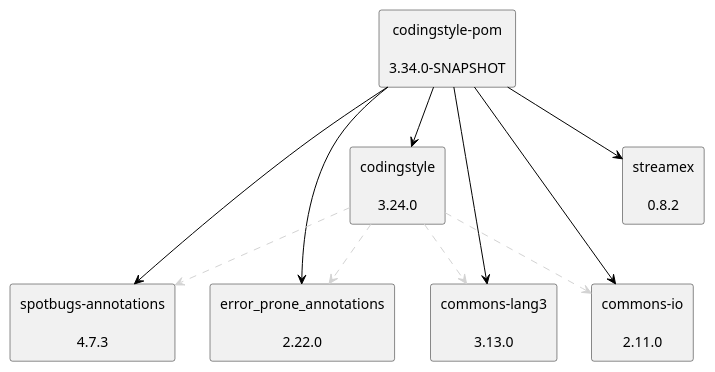
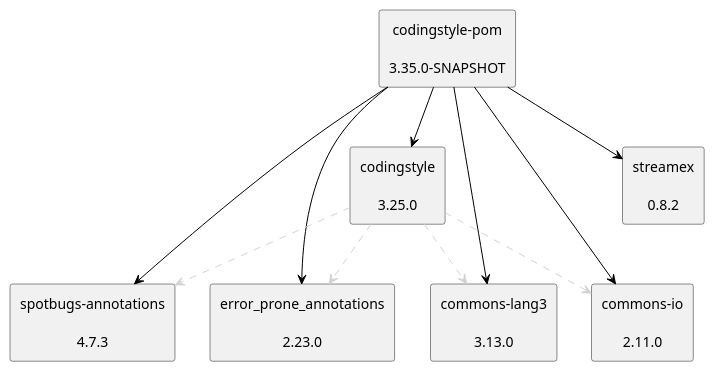
One commit to uhafner/codingstyle-pom changed the diagram in doc/dependency-graph.puml. Above: the diagram before and after it, drawn with PlantUML. The commit also changed 1 other file, not shown here.

Commit message:
Update codingstyle to 3.25.0.

```diff
--- a/doc/dependency-graph.puml
+++ b/doc/dependency-graph.puml
@@ -1,26 +1,26 @@
 @startuml
 skinparam defaultTextAlignment center
 skinparam rectangle {
   BackgroundColor<<optional>> beige
   BackgroundColor<<test>> lightGreen
   BackgroundColor<<runtime>> lightBlue
   BackgroundColor<<provided>> lightGray
 }
-rectangle "codingstyle-pom\n\n3.34.0-SNAPSHOT" as edu_hm_hafner_codingstyle_pom_pom
+rectangle "codingstyle-pom\n\n3.35.0-SNAPSHOT" as edu_hm_hafner_codingstyle_pom_pom
 rectangle "spotbugs-annotations\n\n4.7.3" as com_github_spotbugs_spotbugs_annotations_jar
-rectangle "error_prone_annotations\n\n2.22.0" as com_google_errorprone_error_prone_annotations_jar
+rectangle "error_prone_annotations\n\n2.23.0" as com_google_errorprone_error_prone_annotations_jar
 rectangle "streamex\n\n0.8.2" as one_util_streamex_jar
-rectangle "codingstyle\n\n3.24.0" as edu_hm_hafner_codingstyle_jar
+rectangle "codingstyle\n\n3.25.0" as edu_hm_hafner_codingstyle_jar
 rectangle "commons-lang3\n\n3.13.0" as org_apache_commons_commons_lang3_jar
 rectangle "commons-io\n\n2.11.0" as commons_io_commons_io_jar
 edu_hm_hafner_codingstyle_pom_pom -[#000000]-> com_github_spotbugs_spotbugs_annotations_jar
 edu_hm_hafner_codingstyle_pom_pom -[#000000]-> com_google_errorprone_error_prone_annotations_jar
 edu_hm_hafner_codingstyle_pom_pom -[#000000]-> one_util_streamex_jar
 edu_hm_hafner_codingstyle_jar .[#D3D3D3].> com_github_spotbugs_spotbugs_annotations_jar
 edu_hm_hafner_codingstyle_jar .[#D3D3D3].> com_google_errorprone_error_prone_annotations_jar
 edu_hm_hafner_codingstyle_jar .[#D3D3D3].> org_apache_commons_commons_lang3_jar
 edu_hm_hafner_codingstyle_jar .[#D3D3D3].> commons_io_commons_io_jar
 edu_hm_hafner_codingstyle_pom_pom -[#000000]-> edu_hm_hafner_codingstyle_jar
 edu_hm_hafner_codingstyle_pom_pom -[#000000]-> org_apache_commons_commons_lang3_jar
 edu_hm_hafner_codingstyle_pom_pom -[#000000]-> commons_io_commons_io_jar
 @enduml
```
